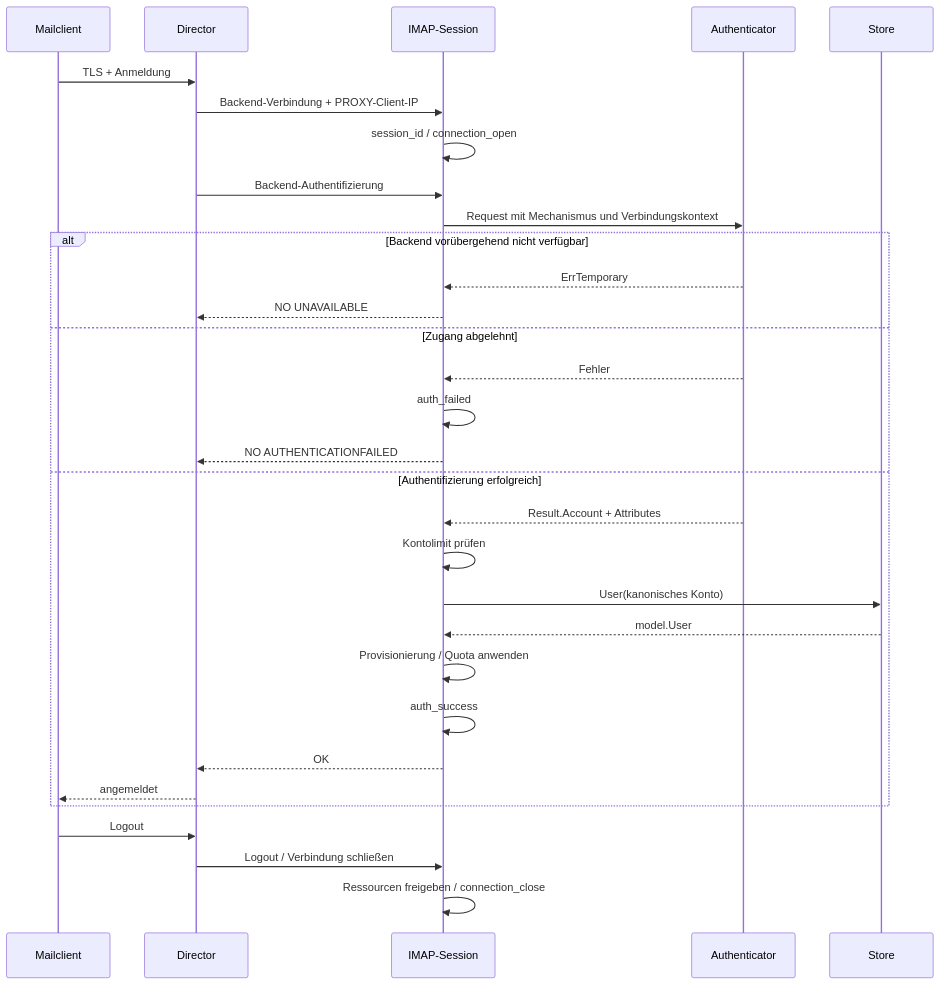
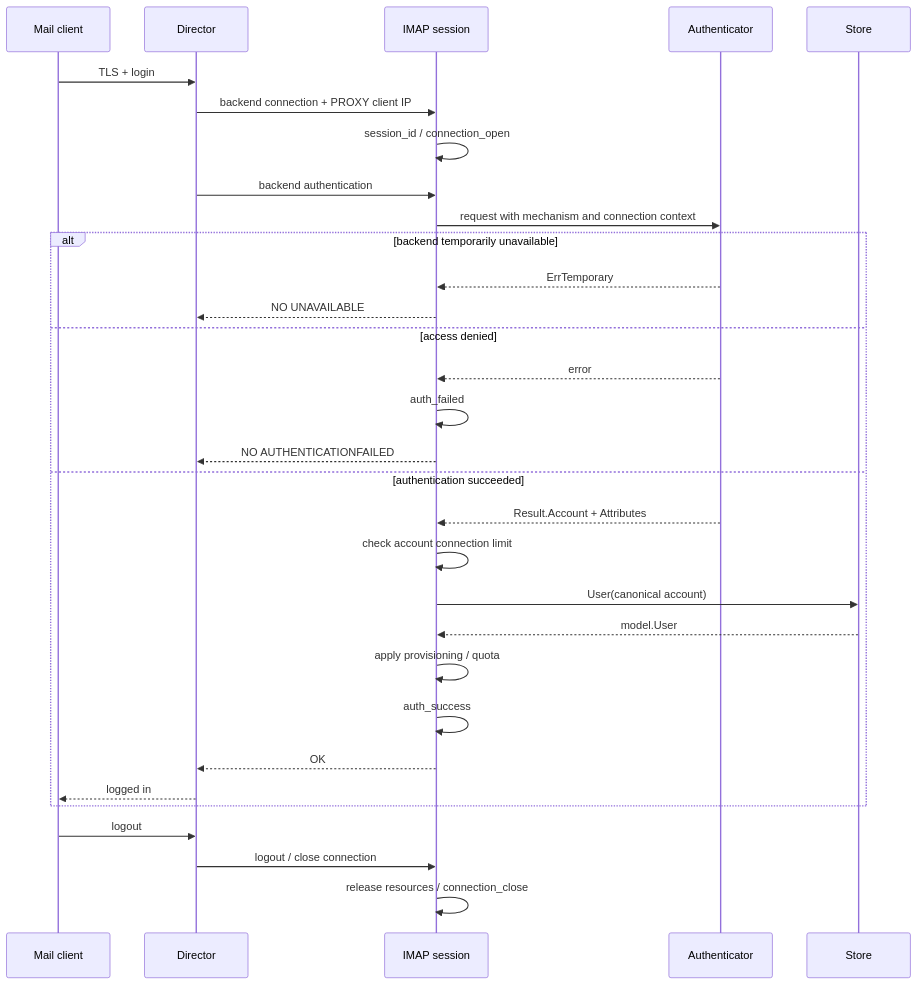
Before and after one commit to croessner/shardpost: the diagram in docs/diagrams/login.mmd, drawn with Mermaid. The commit also changed 19 other files, not shown here.

First line of the commit message:
docs: fix reference discrepancies, translate the old diagrams

```diff
--- a/docs/diagrams/login.mmd
+++ b/docs/diagrams/login.mmd
@@ -1,31 +1,31 @@
 sequenceDiagram
-    participant C as Mailclient
+    participant C as Mail client
     participant D as Director
-    participant P as IMAP-Session
+    participant P as IMAP session
     participant A as Authenticator
     participant S as Store
-    C->>D: TLS + Anmeldung
-    D->>P: Backend-Verbindung + PROXY-Client-IP
+    C->>D: TLS + login
+    D->>P: backend connection + PROXY client IP
     P->>P: session_id / connection_open
-    D->>P: Backend-Authentifizierung
-    P->>A: Request mit Mechanismus und Verbindungskontext
-    alt Backend vorübergehend nicht verfügbar
+    D->>P: backend authentication
+    P->>A: request with mechanism and connection context
+    alt backend temporarily unavailable
         A-->>P: ErrTemporary
         P-->>D: NO UNAVAILABLE
-    else Zugang abgelehnt
-        A-->>P: Fehler
+    else access denied
+        A-->>P: error
         P->>P: auth_failed
         P-->>D: NO AUTHENTICATIONFAILED
-    else Authentifizierung erfolgreich
+    else authentication succeeded
         A-->>P: Result.Account + Attributes
-        P->>P: Kontolimit prüfen
-        P->>S: User(kanonisches Konto)
+        P->>P: check account connection limit
+        P->>S: User(canonical account)
         S-->>P: model.User
-        P->>P: Provisionierung / Quota anwenden
+        P->>P: apply provisioning / quota
         P->>P: auth_success
         P-->>D: OK
-        D-->>C: angemeldet
+        D-->>C: logged in
     end
-    C->>D: Logout
-    D->>P: Logout / Verbindung schließen
-    P->>P: Ressourcen freigeben / connection_close
+    C->>D: logout
+    D->>P: logout / close connection
+    P->>P: release resources / connection_close
```
